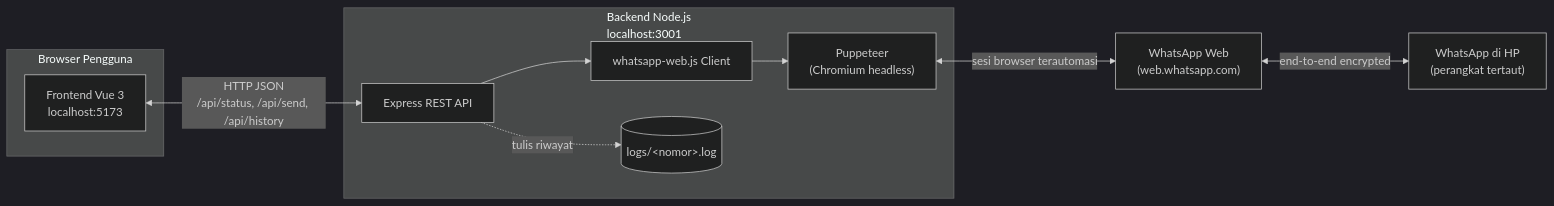
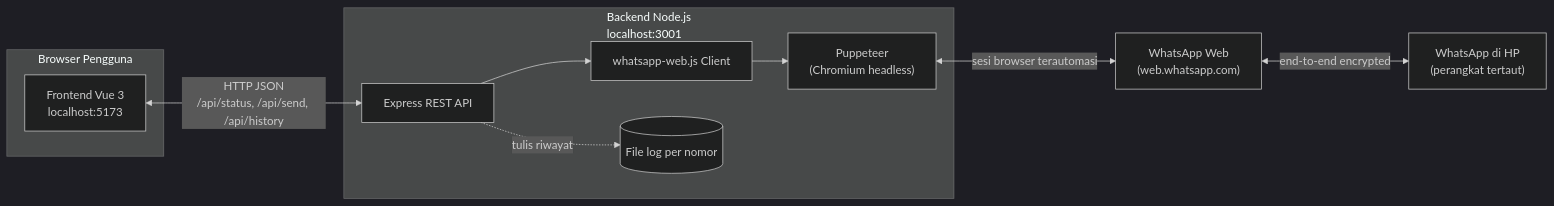
One commit to seeomkus/wa-send changed the first of 3 diagrams in README.md. Above: the diagram before and after it, drawn with Mermaid (dark theme). The commit also changed other lines of this file, not shown here.

Commit message:
Perbaiki syntax diagram Mermaid: hindari karakter khusus yang bikin render error

````diff
--- a/README.md
+++ b/README.md
@@ -10,23 +10,23 @@
 ```mermaid
 flowchart LR
     subgraph Browser["Browser Pengguna"]
         FE["Frontend Vue 3<br/>localhost:5173"]
     end
 
     subgraph Server["Backend Node.js<br/>localhost:3001"]
         API["Express REST API"]
         WWJS["whatsapp-web.js Client"]
         PUP["Puppeteer<br/>(Chromium headless)"]
-        LOG[("logs/&lt;nomor&gt;.log")]
+        LOG[("File log per nomor")]
         API --> WWJS
         WWJS --> PUP
         API -.tulis riwayat.-> LOG
     end
 
     WA["WhatsApp Web<br/>(web.whatsapp.com)"]
     HP["WhatsApp di HP<br/>(perangkat tertaut)"]
 
     FE <-->|"HTTP JSON<br/>/api/status, /api/send, /api/history"| API
     PUP <-->|"sesi browser terautomasi"| WA
     WA <-->|"end-to-end encrypted"| HP
 ```
````
